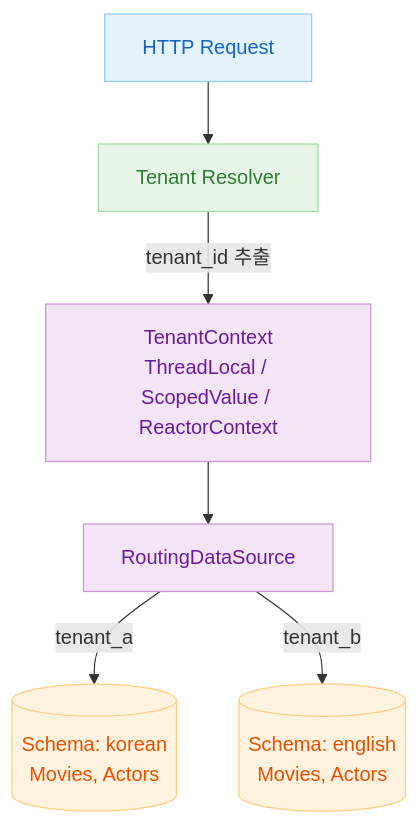
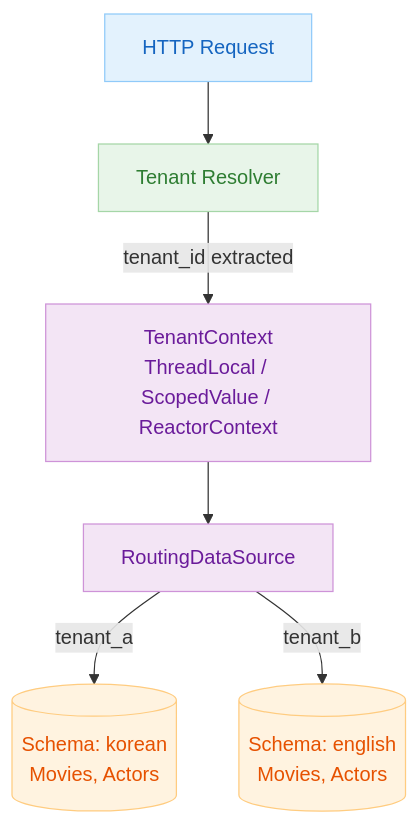
One commit to bluetape4k/exposed-workshop changed the first of 3 diagrams in 10-multi-tenant/README.md. Above: the diagram before and after it, drawn with Mermaid. The commit also changed other lines of this file and 115 other files, not shown here.

````diff
--- a/10-multi-tenant/README.md
+++ b/10-multi-tenant/README.md
@@ -38,19 +40,19 @@
 ```mermaid
 flowchart TD
     Request[HTTP Request] --> TenantResolver[Tenant Resolver]
-    TenantResolver --> |tenant_id 추출| TenantContext[TenantContext\nThreadLocal / ScopedValue / ReactorContext]
+    TenantResolver --> |tenant_id extracted| TenantContext[TenantContext\nThreadLocal / ScopedValue / ReactorContext]
     TenantContext --> RoutingDS[RoutingDataSource]
     RoutingDS --> |tenant_a| SchemaA[(Schema: korean\nMovies, Actors)]
     RoutingDS --> |tenant_b| SchemaB[(Schema: english\nMovies, Actors)]
 
     classDef blue fill:#E3F2FD,stroke:#90CAF9,color:#1565C0
     classDef green fill:#E8F5E9,stroke:#A5D6A7,color:#2E7D32
     classDef purple fill:#F3E5F5,stroke:#CE93D8,color:#6A1B9A
     classDef orange fill:#FFF3E0,stroke:#FFCC80,color:#E65100
 
     class Request blue
     class TenantResolver green
     class TenantContext purple
     class RoutingDS purple
     class SchemaA,SchemaB orange
 ```
````
